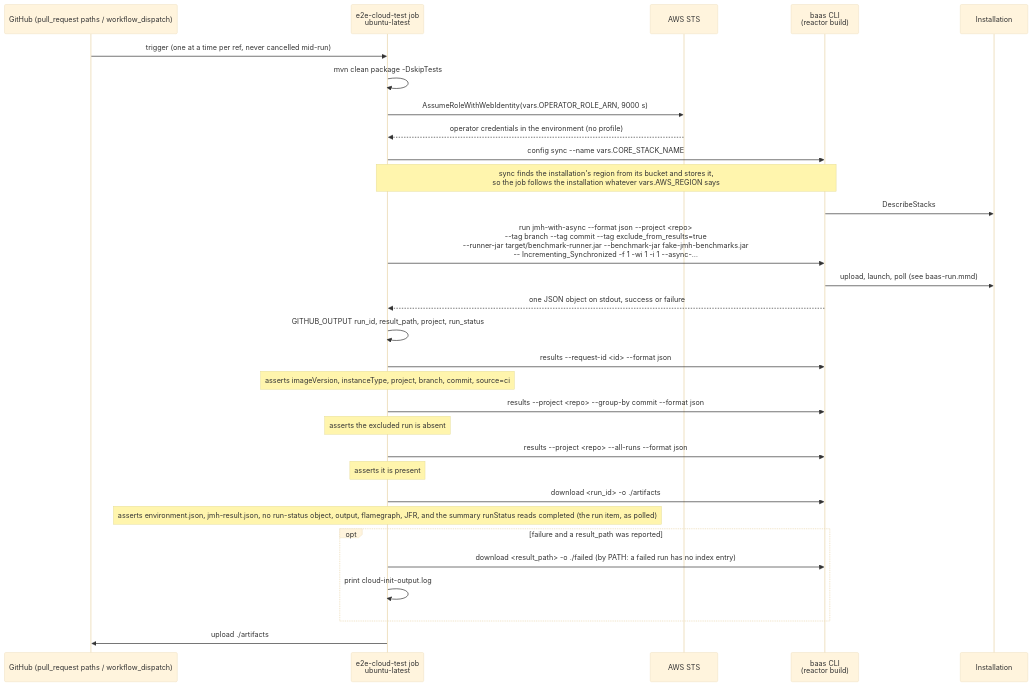
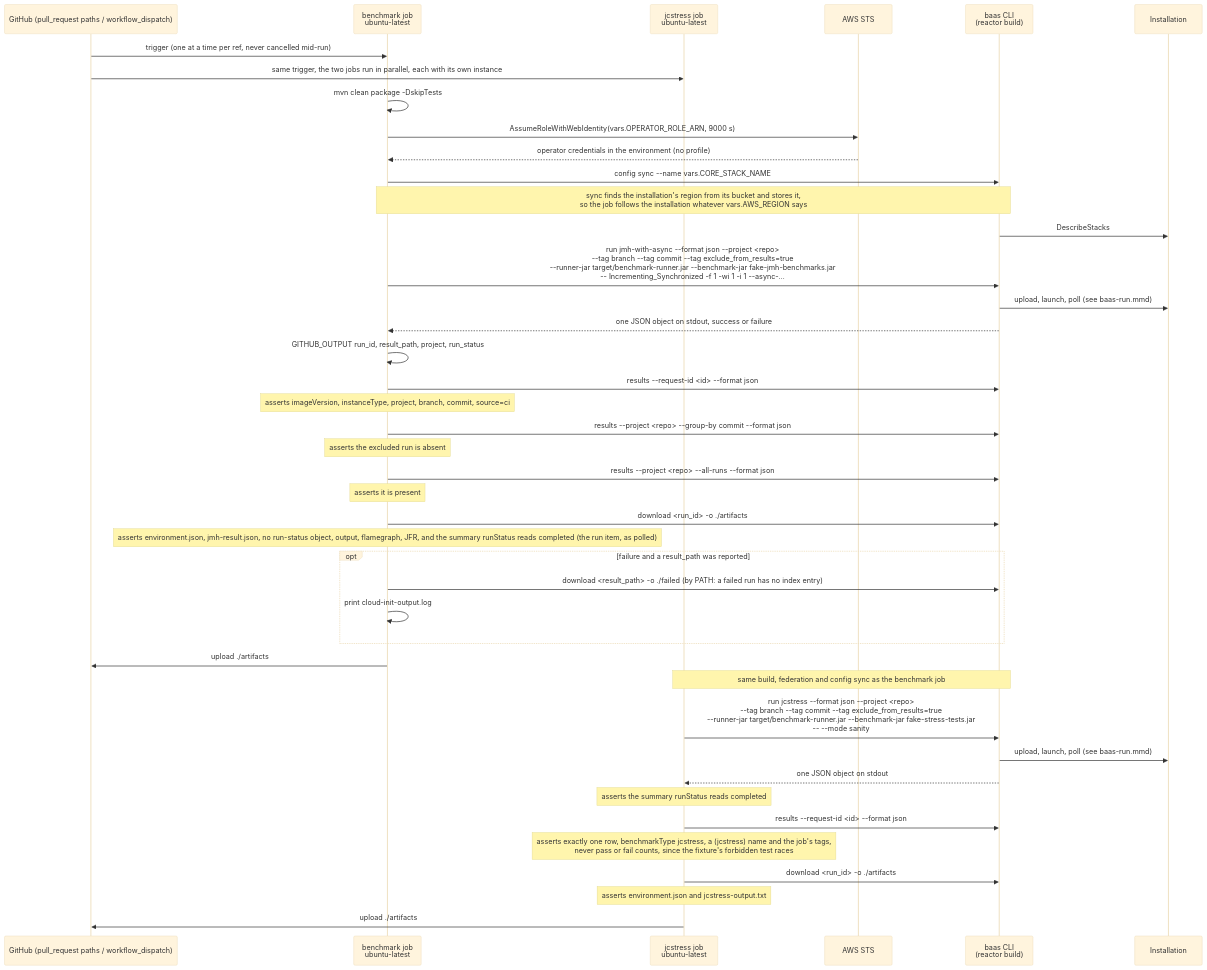
Before and after one commit to wsztajerowski/benchmark-as-a-service: the diagram in docs/diagrams/baas-ci-e2e.mmd, drawn with Mermaid (base theme). The commit also changed 2 other files, not shown here.

Commit message:
ci: run JCStress end to end in sanity mode beside the jmh-with-async job
JCStress had no end-to-end coverage. A second, attached job runs
fake-stress-tests with -- --mode sanity on its own instance, in parallel
with the existing job. It asserts only the shape of what the run stored:
runStatus completed, one JCStress row carrying the job's tags,
environment.json and jcstress-output.txt. The fixture's
TestWithForbiddenResults races nondeterministically, so no assertion
depends on pass or fail counts. The path filter now also covers
fake-stress-tests.

```diff
--- a/docs/diagrams/baas-ci-e2e.mmd
+++ b/docs/diagrams/baas-ci-e2e.mmd
@@ -1,31 +1,43 @@
 sequenceDiagram
     participant GH as GitHub (pull_request paths / workflow_dispatch)
-    participant Job as e2e-cloud-test job<br/>ubuntu-latest
+    participant Job as benchmark job<br/>ubuntu-latest
+    participant JC as jcstress job<br/>ubuntu-latest
     participant STS as AWS STS
     participant CLI as baas CLI<br/>(reactor build)
     participant AWS as Installation
 
     GH->>Job: trigger (one at a time per ref, never cancelled mid-run)
+    GH->>JC: same trigger, the two jobs run in parallel, each with its own instance
     Job->>Job: mvn clean package -DskipTests
     Job->>STS: AssumeRoleWithWebIdentity(vars.OPERATOR_ROLE_ARN, 9000 s)
     STS-->>Job: operator credentials in the environment (no profile)
     Job->>CLI: config sync --name vars.CORE_STACK_NAME
     Note over Job,CLI: sync finds the installation's region from its bucket and stores it,<br/>so the job follows the installation whatever vars.AWS_REGION says
     CLI->>AWS: DescribeStacks
     Job->>CLI: run jmh-with-async --format json --project <repo><br/>--tag branch --tag commit --tag exclude_from_results=true<br/>--runner-jar target/benchmark-runner.jar --benchmark-jar fake-jmh-benchmarks.jar<br/>-- Incrementing_Synchronized -f 1 -wi 1 -i 1 --async-…
     CLI->>AWS: upload, launch, poll (see baas-run.mmd)
     CLI-->>Job: one JSON object on stdout, success or failure
     Job->>Job: GITHUB_OUTPUT run_id, result_path, project, run_status
     Job->>CLI: results --request-id <id> --format json
     Note over Job: asserts imageVersion, instanceType, project, branch, commit, source=ci
     Job->>CLI: results --project <repo> --group-by commit --format json
     Note over Job: asserts the excluded run is absent
     Job->>CLI: results --project <repo> --all-runs --format json
     Note over Job: asserts it is present
     Job->>CLI: download <run_id> -o ./artifacts
     Note over Job: asserts environment.json, jmh-result.json, no run-status object, output, flamegraph, JFR, and the summary runStatus reads completed (the run item, as polled)
     opt failure and a result_path was reported
         Job->>CLI: download <result_path> -o ./failed (by PATH: a failed run has no index entry)
         Job->>Job: print cloud-init-output.log
     end
     Job->>GH: upload ./artifacts
+    Note over JC,CLI: same build, federation and config sync as the benchmark job
+    JC->>CLI: run jcstress --format json --project <repo><br/>--tag branch --tag commit --tag exclude_from_results=true<br/>--runner-jar target/benchmark-runner.jar --benchmark-jar fake-stress-tests.jar<br/>-- --mode sanity
+    CLI->>AWS: upload, launch, poll (see baas-run.mmd)
+    CLI-->>JC: one JSON object on stdout
+    Note over JC: asserts the summary runStatus reads completed
+    JC->>CLI: results --request-id <id> --format json
+    Note over JC: asserts exactly one row, benchmarkType jcstress, a (jcstress) name and the job's tags,<br/>never pass or fail counts, since the fixture's forbidden test races
+    JC->>CLI: download <run_id> -o ./artifacts
+    Note over JC: asserts environment.json and jcstress-output.txt
+    JC->>GH: upload ./artifacts
```
